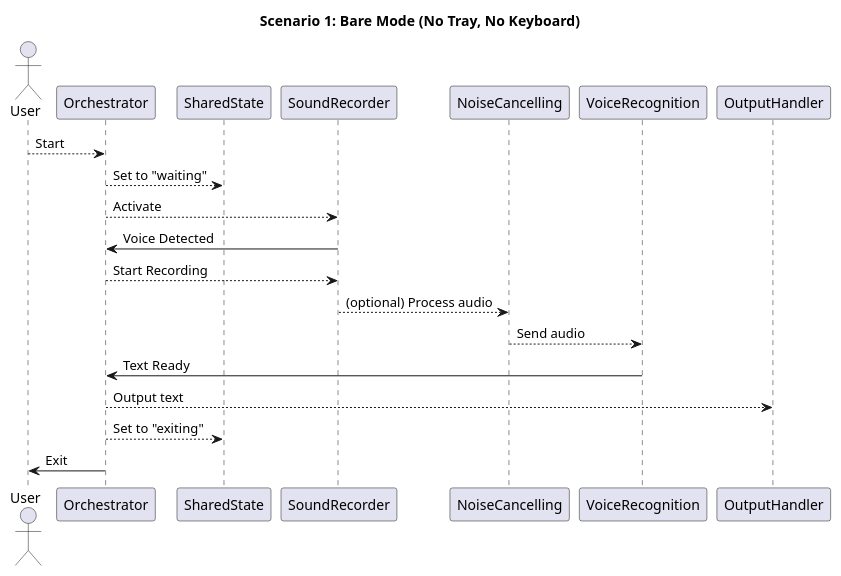
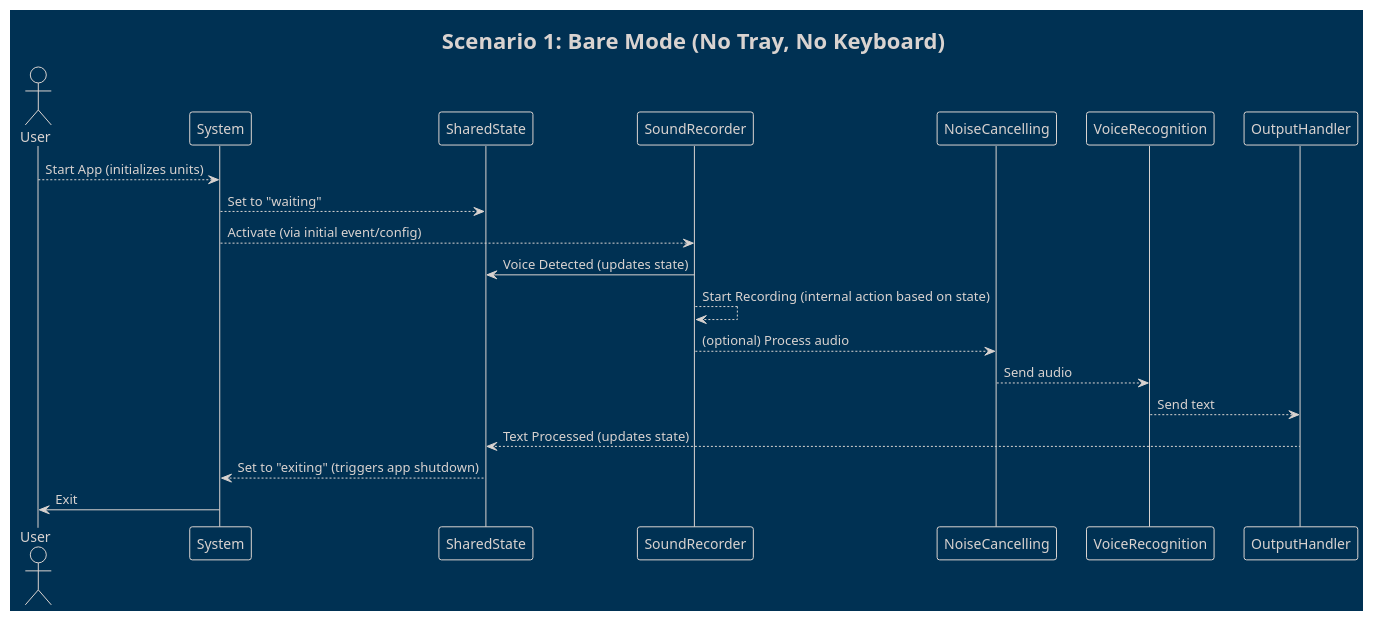
The second of 6 diagrams in docs/architecture v0.1.0/scenarios.md (vovka/ubuntu_voice_to_text), drawn with PlantUML before and after one commit. The commit also changed other lines of this file and 7 other files, not shown here.

Commit message:
Reworked architecture to choreography

````diff
--- a/docs/architecture v0.1.0/scenarios.md
+++ b/docs/architecture v0.1.0/scenarios.md
@@ -53,21 +55,23 @@
 ```plantuml
 @startuml
+!theme blueprint
 title Scenario 1: Bare Mode (No Tray, No Keyboard)
 
 actor User
 
-User --> Orchestrator: Start
+User --> System: Start App (initializes units)
 
-Orchestrator --> SharedState: Set to "waiting"
-Orchestrator --> SoundRecorder: Activate
-SoundRecorder -> Orchestrator: Voice Detected
-Orchestrator --> SoundRecorder: Start Recording
+System --> SharedState: Set to "waiting"
+System --> SoundRecorder: Activate (via initial event/config)
+
+SoundRecorder -> SharedState: Voice Detected (updates state)
+SoundRecorder --> SoundRecorder: Start Recording (internal action based on state)
 SoundRecorder --> NoiseCancelling: (optional) Process audio
 NoiseCancelling --> VoiceRecognition: Send audio
-VoiceRecognition -> Orchestrator: Text Ready
-Orchestrator --> OutputHandler: Output text
-Orchestrator --> SharedState: Set to "exiting"
-Orchestrator -> User: Exit
+VoiceRecognition --> OutputHandler: Send text
+OutputHandler --> SharedState: Text Processed (updates state)
+SharedState --> System: Set to "exiting" (triggers app shutdown)
+System -> User: Exit
 
 @enduml
 ```
````
